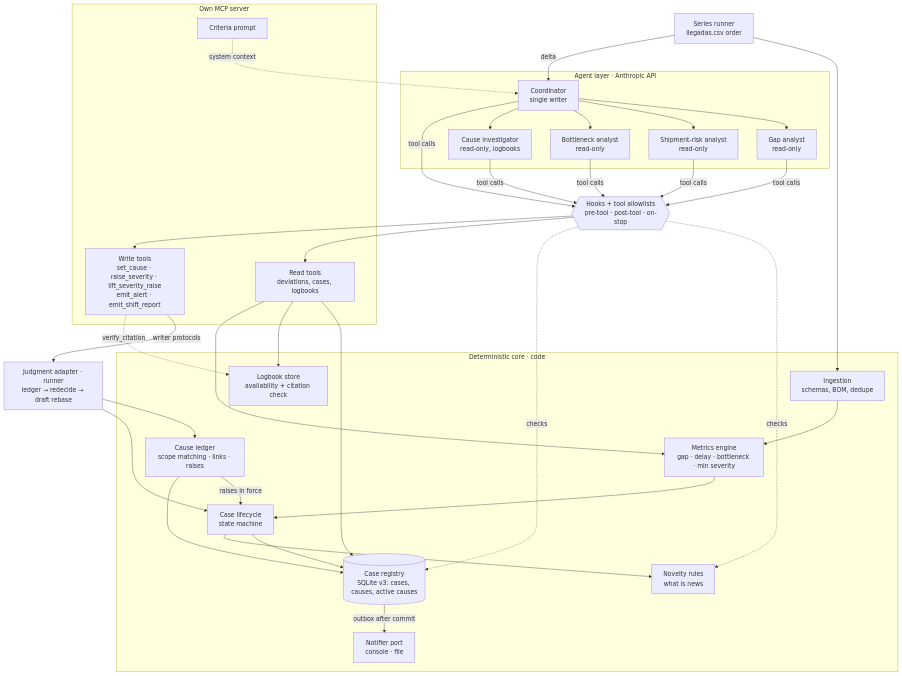
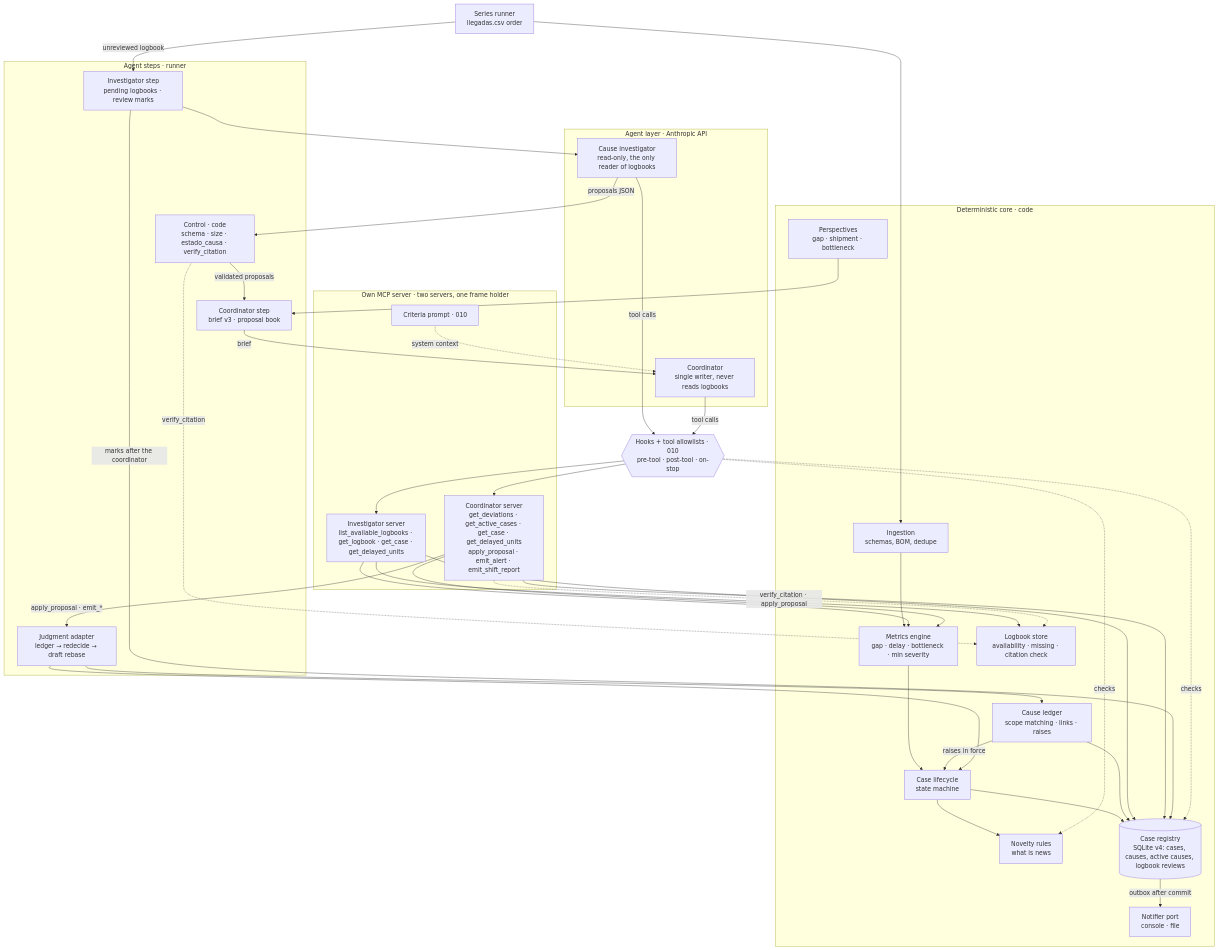
The diagram in docs/diagrams/components.md (mateo-velasquez/Plant-supervisory-agent), drawn with Mermaid before and after one commit. The commit also changed other lines of this file and 3 other files, not shown here.

Commit message:
docs(009): agent capabilities, components diagram, structure and roadmap (T19)

````diff
--- a/docs/diagrams/components.md
+++ b/docs/diagrams/components.md
@@ -3,50 +3,59 @@
 ```mermaid
 flowchart TB
     runner[Series runner<br/>llegadas.csv order]
 
     subgraph core[Deterministic core · code]
         ingest[Ingestion<br/>schemas, BOM, dedupe]
         metrics[Metrics engine<br/>gap · delay · bottleneck · min severity]
         lifecycle[Case lifecycle<br/>state machine]
         novelty[Novelty rules<br/>what is news]
-        registry[(Case registry<br/>SQLite v3: cases, causes, active causes)]
+        registry[(Case registry<br/>SQLite v4: cases, causes, active causes, logbook reviews)]
         ledger[Cause ledger<br/>scope matching · links · raises]
-        logstore[Logbook store<br/>availability + citation check]
+        logstore[Logbook store<br/>availability · missing · citation check]
+        persp[Perspectives<br/>gap · shipment · bottleneck]
         notify[Notifier port<br/>console · file]
     end
 
-    subgraph mcp[Own MCP server]
-        readtools[Read tools<br/>deviations, cases, logbooks]
-        writetools[Write tools<br/>set_cause · raise_severity · lift_severity_raise<br/>emit_alert · emit_shift_report]
-        prompt[Criteria prompt]
+    subgraph steps[Agent steps · runner]
+        review[Investigator step<br/>pending logbooks · review marks]
+        control[Control · code<br/>schema · size · estado_causa · verify_citation]
+        coordstep[Coordinator step<br/>brief v3 · proposal book]
+        adapter[Judgment adapter<br/>ledger → redecide → draft rebase]
+    end
+
+    subgraph mcp[Own MCP server · two servers, one frame holder]
+        invtools[Investigator server<br/>list_available_logbooks · get_logbook · get_case · get_delayed_units]
+        coordtools[Coordinator server<br/>get_deviations · get_active_cases · get_case · get_delayed_units<br/>apply_proposal · emit_alert · emit_shift_report]
+        prompt[Criteria prompt · 010]
     end
 
     subgraph agents[Agent layer · Anthropic API]
-        coordinator[Coordinator<br/>single writer]
-        gap[Gap analyst<br/>read-only]
-        ship[Shipment-risk analyst<br/>read-only]
-        bottle[Bottleneck analyst<br/>read-only]
-        cause[Cause investigator<br/>read-only, logbooks]
+        investigator[Cause investigator<br/>read-only, the only reader of logbooks]
+        coordinator[Coordinator<br/>single writer, never reads logbooks]
     end
 
-    hooks{{Hooks + tool allowlists<br/>pre-tool · post-tool · on-stop}}
-    adapter[Judgment adapter · runner<br/>ledger → redecide → draft rebase]
+    hooks{{Hooks + tool allowlists · 010<br/>pre-tool · post-tool · on-stop}}
 
     runner --> ingest --> metrics --> lifecycle --> registry
     lifecycle --> novelty
     ledger -- raises in force --> lifecycle
     ledger --> registry
-    runner -- delta --> coordinator
-    coordinator --> gap & ship & bottle & cause
-    coordinator -- tool calls --> hooks
-    gap & ship & bottle & cause -- tool calls --> hooks
-    hooks --> readtools & writetools
+    runner -- unreviewed logbook --> review --> investigator
+    investigator -- tool calls --> hooks --> invtools
+    investigator -- proposals JSON --> control
+    control -. verify_citation .-> logstore
+    control -- validated proposals --> coordstep
+    persp --> coordstep
+    coordstep -- brief --> coordinator
+    coordinator -- tool calls --> hooks --> coordtools
+    invtools --> registry & logstore & metrics
+    coordtools --> registry & metrics
+    coordtools -- apply_proposal · emit_* --> adapter
+    coordtools -. verify_citation · apply_proposal .-> logstore
+    adapter --> ledger & lifecycle
+    review -- marks after the coordinator --> registry
     prompt -. system context .-> coordinator
-    readtools --> registry & logstore & metrics
-    writetools -- writer protocols --> adapter
-    adapter --> ledger & lifecycle
-    writetools -. verify_citation .-> logstore
     registry -- outbox after commit --> notify
     hooks -. checks .-> novelty
     hooks -. checks .-> registry
 ```
````
